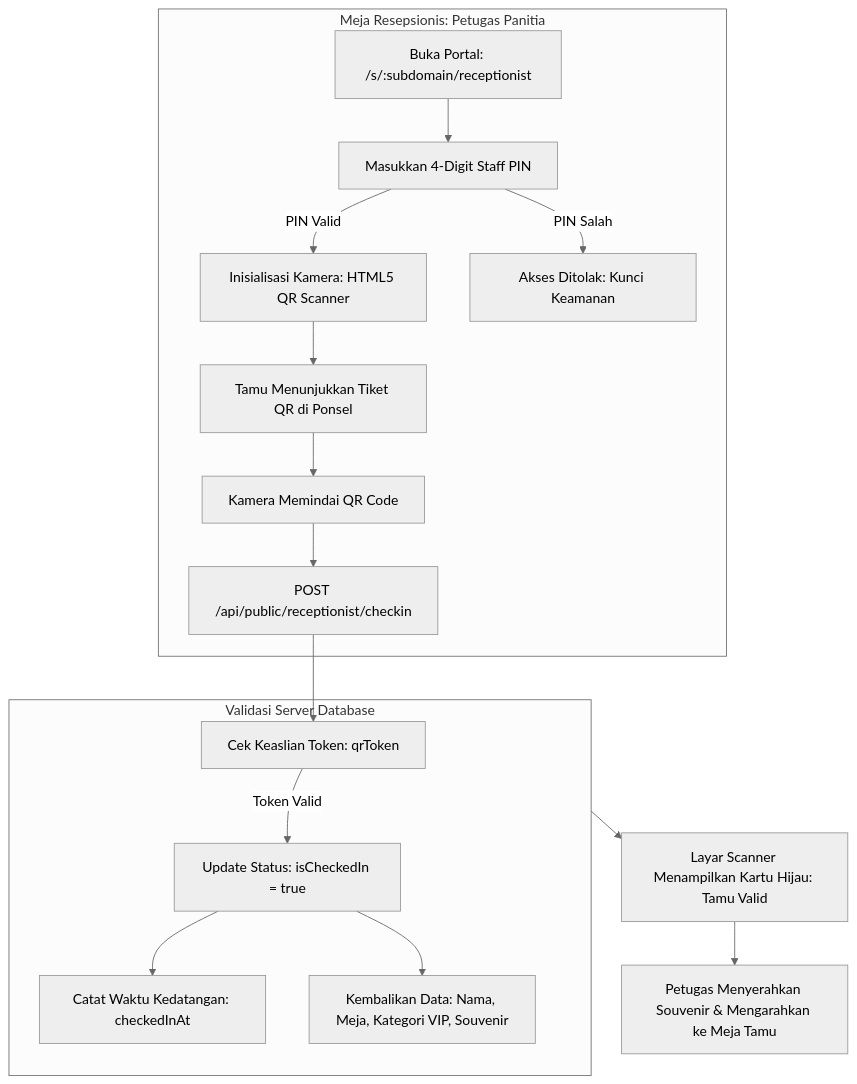
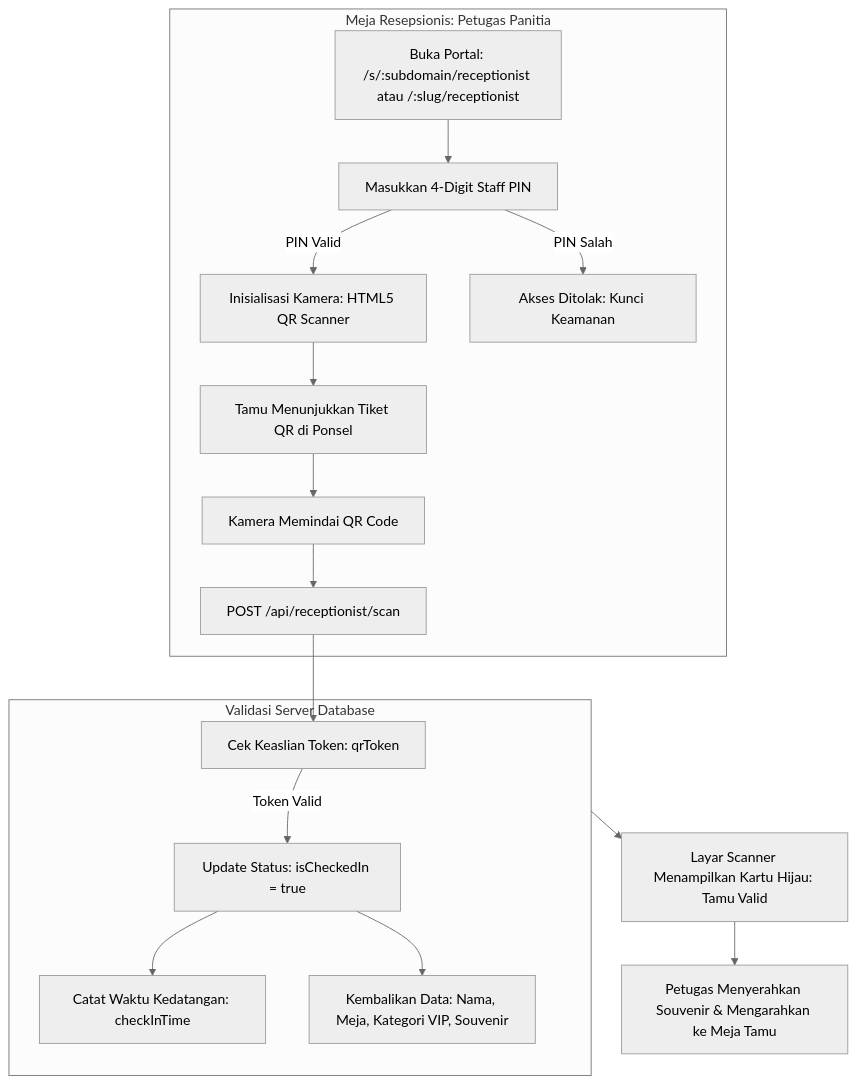
One commit to armansyam/luxenary-invite changed the diagram in docs/public/05_SISTEM_RESEPSIONIS_DAN_CHECKIN_QR.md. Above: the diagram before and after it, drawn with Mermaid (neutral theme). The commit also changed other lines of this file and 6 other files, not shown here.

````diff
--- a/docs/public/05_SISTEM_RESEPSIONIS_DAN_CHECKIN_QR.md
+++ b/docs/public/05_SISTEM_RESEPSIONIS_DAN_CHECKIN_QR.md
@@ -10,22 +10,22 @@
 ```mermaid
 flowchart TD
     subgraph PintuMasukVenue [Meja Resepsionis: Petugas Panitia]
-        A[Buka Portal: /s/:subdomain/receptionist] --> B[Masukkan 4-Digit Staff PIN]
+        A[Buka Portal: /s/:subdomain/receptionist atau /:slug/receptionist] --> B[Masukkan 4-Digit Staff PIN]
         B -->|PIN Valid| C[Inisialisasi Kamera: HTML5 QR Scanner]
         B -->|PIN Salah| D[Akses Ditolak: Kunci Keamanan]
         
         C --> E[Tamu Menunjukkan Tiket QR di Ponsel]
         E --> F[Kamera Memindai QR Code]
-        F --> G[POST /api/public/receptionist/checkin]
+        F --> G[POST /api/receptionist/scan]
     end
     
     subgraph ServerValidation [Validasi Server Database]
         G --> H[Cek Keaslian Token: qrToken]
         H -->|Token Valid| I[Update Status: isCheckedIn = true]
-        I --> J[Catat Waktu Kedatangan: checkedInAt]
+        I --> J[Catat Waktu Kedatangan: checkInTime]
         I --> K[Kembalikan Data: Nama, Meja, Kategori VIP, Souvenir]
     end
     
     ServerValidation --> L[Layar Scanner Menampilkan Kartu Hijau: Tamu Valid]
     L --> M[Petugas Menyerahkan Souvenir & Mengarahkan ke Meja Tamu]
 ```
````
